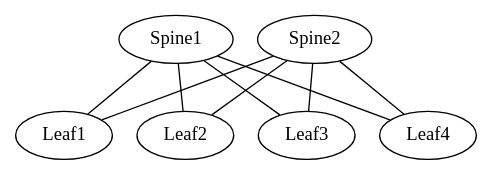
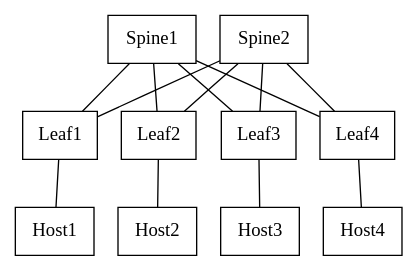
The diagram in clab/eos-simple-spine-leaf/README.md (hyposcaler/container-labs), drawn with Graphviz before and after one commit.

Commit message:
updated graphviz

````diff
--- a/clab/eos-simple-spine-leaf/README.md
+++ b/clab/eos-simple-spine-leaf/README.md
@@ -14,7 +14,27 @@
 ```dot
-digraph N {
+graph N {
+    {
+        Node[shape=box]
+        Leaf1
+        Leaf2
+        Leaf3
+        Leaf4
+        Spine1
+        Spine2
+        Host1
+        Host2
+        Host3
+        Host4
+    }
     ordering="out"
-    Spine1 -> {Leaf1,Leaf2,Leaf3,Leaf4}[arrowhead=none]
-    Spine2 -> {Leaf1,Leaf2,Leaf3,Leaf4}[arrowhead=none]
+    rank = same; Leaf1; Leaf2; Leaf3; Leaf4;
+    rank = same; Spine1; Spine2;
+    rank = same; Host1; Host2; Host3; Host4;
+    Spine1 -- {Leaf1,Leaf2,Leaf3,Leaf4}
+    Spine2 -- {Leaf1,Leaf2,Leaf3,Leaf4}
+    Leaf1 -- Host1
+    Leaf2 -- Host2
+    Leaf3 -- Host3
+    Leaf4 -- Host4
 }
 ```
````
